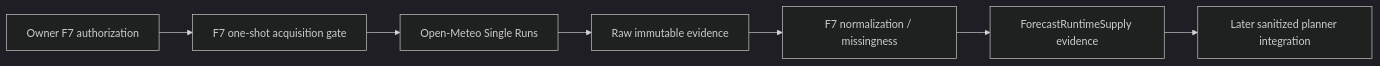
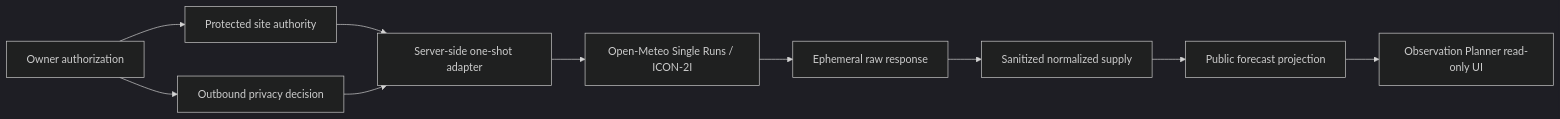
One commit to maininimassimo-bit/digital-stargate-manual changed the diagram in docs/architecture/scientific-assets/BKL-031-F7-Fresh-Forecast-Supply-and-Runtime-Boundary.md. Above: the diagram before and after it, drawn with Mermaid (dark theme). The commit also changed other lines of this file, not shown here.

Commit message:
docs(observation-planner): reconcile F7 to protected-site real forecast requirement

````diff
--- a/docs/architecture/scientific-assets/BKL-031-F7-Fresh-Forecast-Supply-and-Runtime-Boundary.md
+++ b/docs/architecture/scientific-assets/BKL-031-F7-Fresh-Forecast-Supply-and-Runtime-Boundary.md
@@ -45,9 +95,12 @@
 ```mermaid
 flowchart LR
-  A[Owner F7 authorization] --> B[F7 one-shot acquisition gate]
-  B --> C[Open-Meteo Single Runs]
-  C --> D[Raw immutable evidence]
-  D --> E[F7 normalization / missingness]
-  E --> F[ForecastRuntimeSupply evidence]
-  F --> G[Later sanitized planner integration]
+  A[Owner authorization] --> B[Protected site authority]
+  B --> C[Server-side one-shot adapter]
+  A --> D[Outbound privacy decision]
+  D --> C
+  C --> E[Open-Meteo Single Runs / ICON-2I]
+  E --> F[Ephemeral raw response]
+  F --> G[Sanitized normalized supply]
+  G --> H[Public forecast projection]
+  H --> I[Observation Planner read-only UI]
 ```
````
